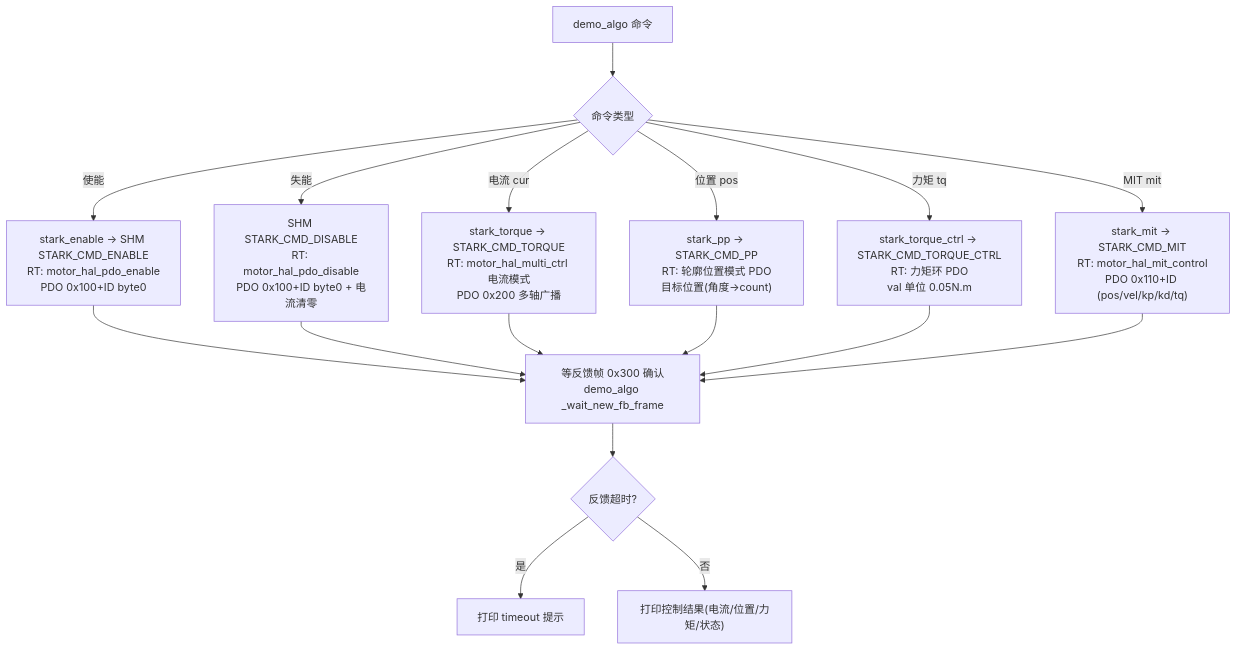
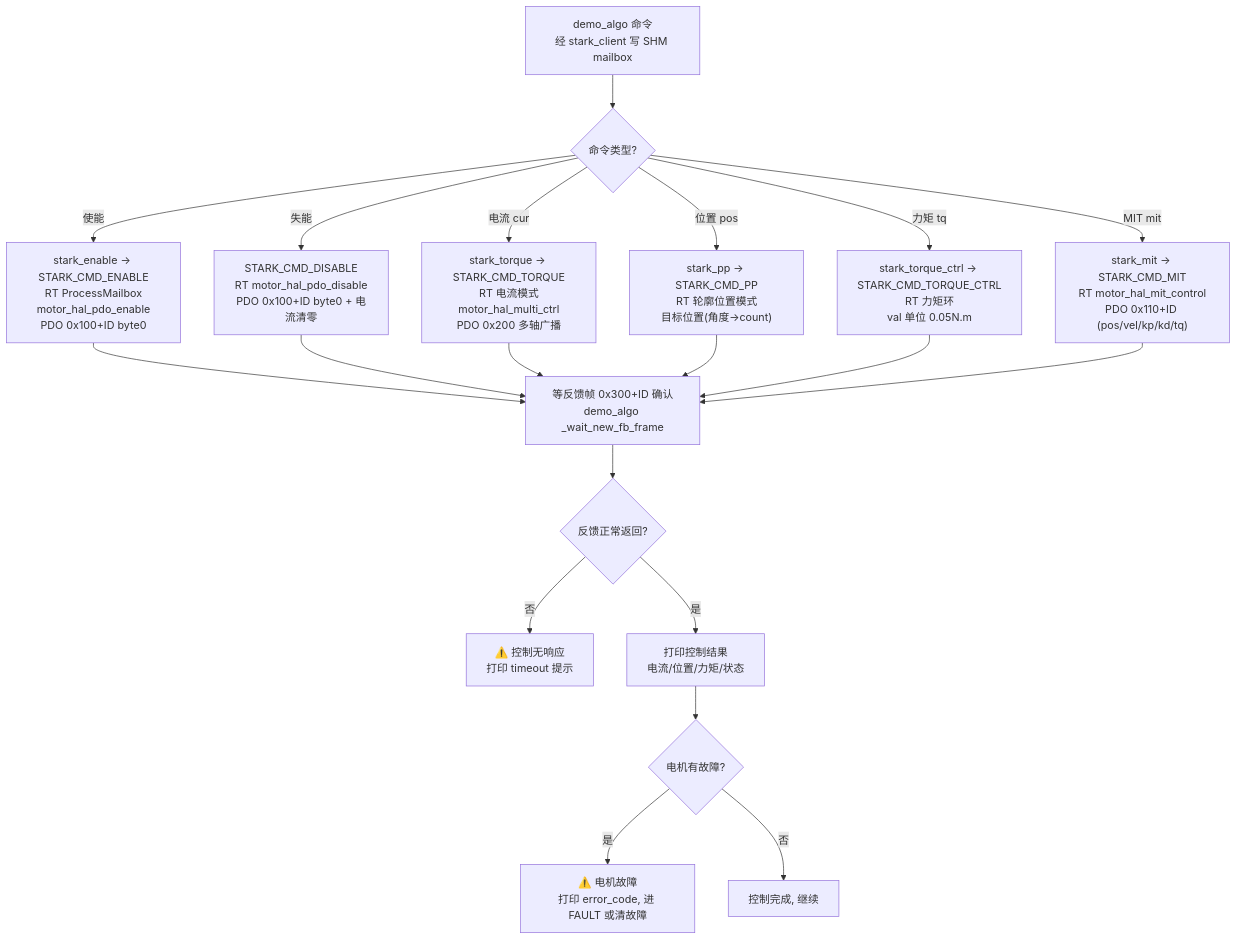
One commit to AlexBot189/stark_periph_manager_node_prod changed the second of 2 diagrams in doc/flow/框架运行流程图.md. Above: the diagram before and after it, drawn with Mermaid. The commit also changed other lines of this file, not shown here.

First line of the commit message:
doc: 流程图重构 - 判断+失败分支, 初始化校准合并, 控制单独

````diff
--- a/doc/flow/框架运行流程图.md
+++ b/doc/flow/框架运行流程图.md
@@ -96,19 +70,22 @@
 ```mermaid
 flowchart TD
-    A["demo_algo 命令"] --> B{"命令类型"}
-    B -->|"使能"| C["stark_enable → SHM STARK_CMD_ENABLE<br/>RT: motor_hal_pdo_enable<br/>PDO 0x100+ID byte0"]
-    B -->|"失能"| D["SHM STARK_CMD_DISABLE<br/>RT: motor_hal_pdo_disable<br/>PDO 0x100+ID byte0 + 电流清零"]
-    B -->|"电流 cur"| E["stark_torque → STARK_CMD_TORQUE<br/>RT: motor_hal_multi_ctrl 电流模式<br/>PDO 0x200 多轴广播"]
-    B -->|"位置 pos"| F["stark_pp → STARK_CMD_PP<br/>RT: 轮廓位置模式 PDO<br/>目标位置(角度→count)"]
-    B -->|"力矩 tq"| G["stark_torque_ctrl → STARK_CMD_TORQUE_CTRL<br/>RT: 力矩环 PDO<br/>val 单位 0.05N.m"]
-    B -->|"MIT mit"| H["stark_mit → STARK_CMD_MIT<br/>RT: motor_hal_mit_control<br/>PDO 0x110+ID (pos/vel/kp/kd/tq)"]
-    C --> I["等反馈帧 0x300 确认<br/>demo_algo _wait_new_fb_frame"]
+    A["demo_algo 命令<br/>经 stark_client 写 SHM mailbox"] --> B{"命令类型?"}
+    B -->|"使能"| C["stark_enable → STARK_CMD_ENABLE<br/>RT ProcessMailbox<br/>motor_hal_pdo_enable<br/>PDO 0x100+ID byte0"]
+    B -->|"失能"| D["STARK_CMD_DISABLE<br/>RT motor_hal_pdo_disable<br/>PDO 0x100+ID byte0 + 电流清零"]
+    B -->|"电流 cur"| E["stark_torque → STARK_CMD_TORQUE<br/>RT 电流模式<br/>motor_hal_multi_ctrl<br/>PDO 0x200 多轴广播"]
+    B -->|"位置 pos"| F["stark_pp → STARK_CMD_PP<br/>RT 轮廓位置模式<br/>目标位置(角度→count)"]
+    B -->|"力矩 tq"| G["stark_torque_ctrl → STARK_CMD_TORQUE_CTRL<br/>RT 力矩环<br/>val 单位 0.05N.m"]
+    B -->|"MIT mit"| H["stark_mit → STARK_CMD_MIT<br/>RT motor_hal_mit_control<br/>PDO 0x110+ID (pos/vel/kp/kd/tq)"]
+    C --> I["等反馈帧 0x300+ID 确认<br/>demo_algo _wait_new_fb_frame"]
     D --> I
     E --> I
     F --> I
     G --> I
     H --> I
-    I --> J{"反馈超时?"}
-    J -->|"是"| K["打印 timeout 提示"]
-    J -->|"否"| L["打印控制结果(电流/位置/力矩/状态)"]
+    I --> J{"反馈正常返回?"}
+    J -->|"否"| K["⚠️ 控制无响应<br/>打印 timeout 提示"]
+    J -->|"是"| L["打印控制结果<br/>电流/位置/力矩/状态"]
+    L --> M{"电机有故障?"}
+    M -->|"是"| N["⚠️ 电机故障<br/>打印 error_code, 进 FAULT 或清故障"]
+    M -->|"否"| O["控制完成, 继续"]
 ```
````
